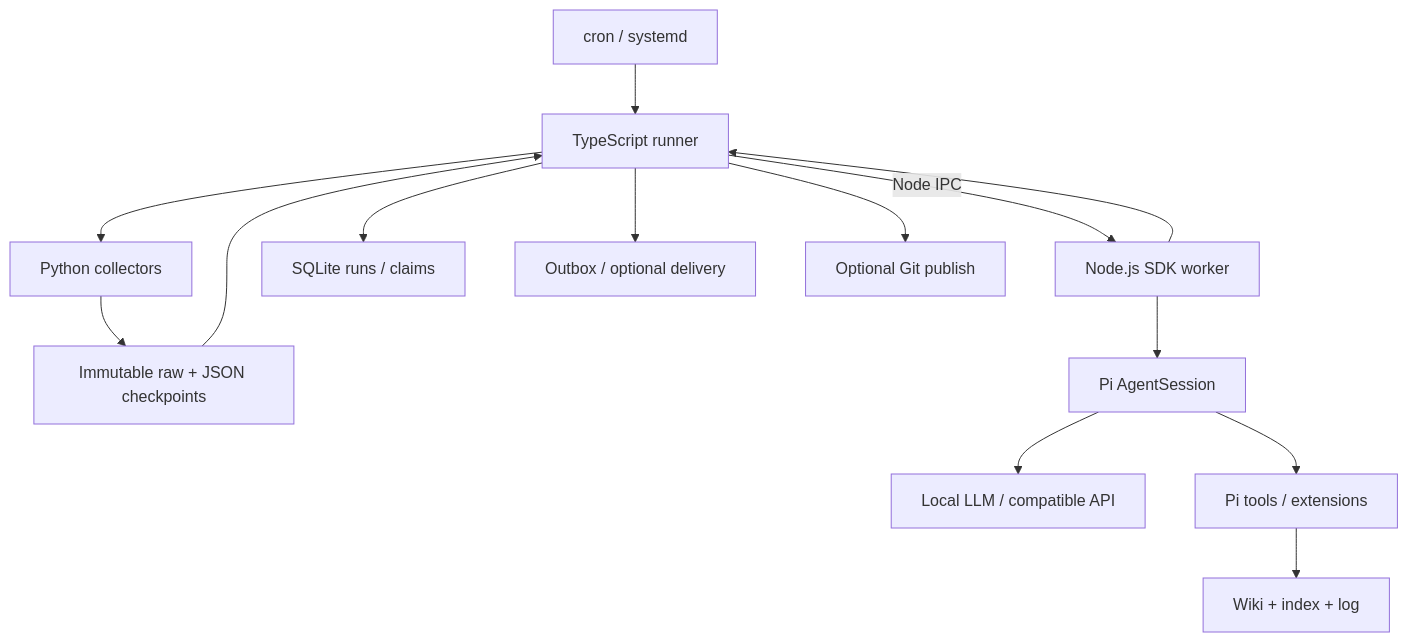
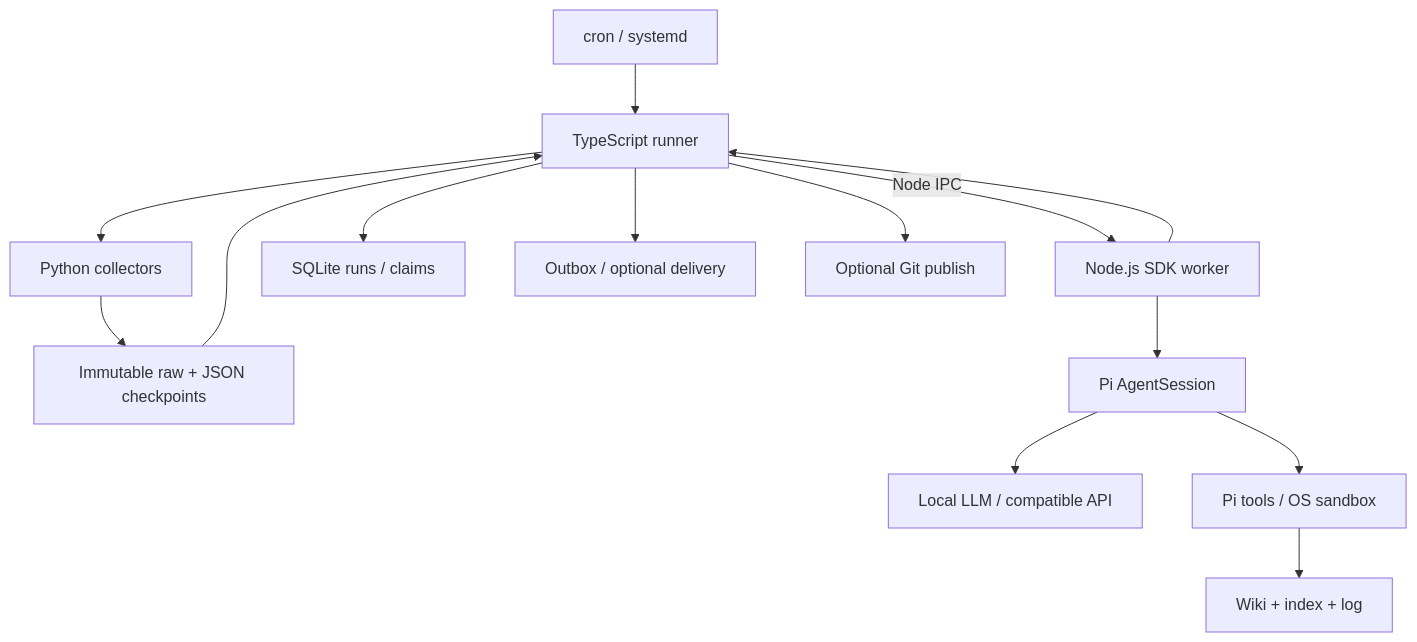
The diagram in docs/architecture.md (kzinmr/ai-topics-pi), drawn with Mermaid before and after one commit. The commit also changed other lines of this file and 29 other files, not shown here.

Commit message:
Run Pi tools in a native OS sandbox and standardize host deployment

````diff
--- a/docs/architecture.md
+++ b/docs/architecture.md
@@ -5,16 +5,16 @@
 ```mermaid
 flowchart TD
     OS[cron / systemd] --> R[TypeScript runner]
     R --> C[Python collectors]
     C --> RAW[Immutable raw + JSON checkpoints]
     RAW --> R
     R -->|Node IPC| W[Node.js SDK worker]
     W --> SDK[Pi AgentSession]
     SDK --> LLM[Local LLM / compatible API]
-    SDK --> TOOLS[Pi tools / extensions]
+    SDK --> TOOLS[Pi tools / OS sandbox]
     TOOLS --> WIKI[Wiki + index + log]
     W --> R
     R --> DB[SQLite runs / claims]
     R --> OUT[Outbox / optional delivery]
     R --> GIT[Optional Git publish]
 ```
````
